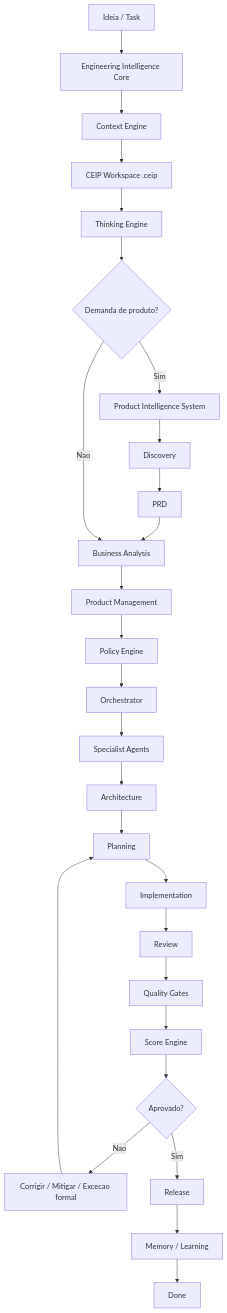
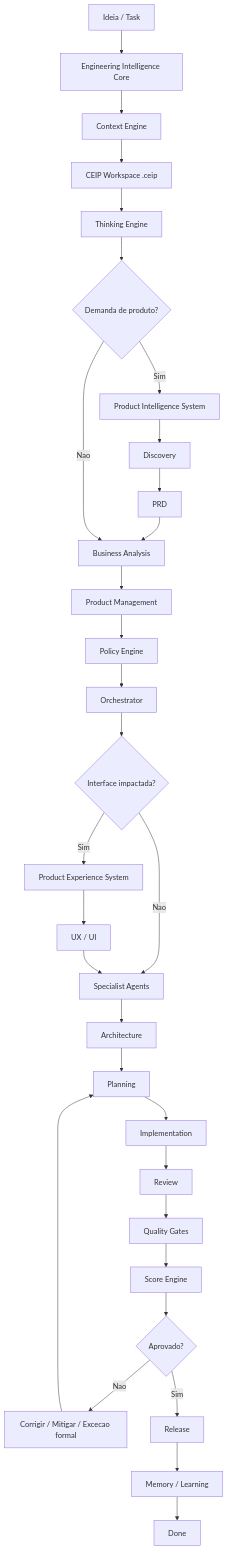
The diagram in ORCHESTRATOR.md (thyags/method-ceip), drawn with Mermaid before and after one commit. The commit also changed other lines of this file and 130 other files, not shown here.

Commit message:
Add product experience system to CEIP

````diff
--- a/ORCHESTRATOR.md
+++ b/ORCHESTRATOR.md
@@ -34,29 +38,33 @@
 ```mermaid
 flowchart TD
     A["Ideia / Task"] --> A1["Engineering Intelligence Core"]
     A1 --> A2["Context Engine"]
     A2 --> A2B["CEIP Workspace .ceip"]
     A2B --> A3["Thinking Engine"]
     A3 --> B{"Demanda de produto?"}
     B -->|Sim| C["Product Intelligence System"]
     C --> C1["Discovery"]
     C1 --> C2["PRD"]
     C2 --> D["Business Analysis"]
     B -->|Nao| D
     D --> E["Product Management"]
     E --> F["Policy Engine"]
     F --> G["Orchestrator"]
-    G --> H["Specialist Agents"]
-    H --> I["Architecture"]
-    I --> J["Planning"]
-    J --> K["Implementation"]
-    K --> L["Review"]
-    L --> M["Quality Gates"]
-    M --> N["Score Engine"]
-    N --> O{"Aprovado?"}
-    O -->|Nao| P["Corrigir / Mitigar / Excecao formal"]
-    P --> J
-    O -->|Sim| Q["Release"]
-    Q --> R["Memory / Learning"]
-    R --> S["Done"]
+    G --> H{"Interface impactada?"}
+    H -->|Sim| I["Product Experience System"]
+    I --> I1["UX / UI"]
+    H -->|Nao| J["Specialist Agents"]
+    I1 --> J
+    J --> K["Architecture"]
+    K --> L["Planning"]
+    L --> M["Implementation"]
+    M --> N["Review"]
+    N --> O["Quality Gates"]
+    O --> P["Score Engine"]
+    P --> Q{"Aprovado?"}
+    Q -->|Nao| R["Corrigir / Mitigar / Excecao formal"]
+    R --> L
+    Q -->|Sim| S["Release"]
+    S --> T["Memory / Learning"]
+    T --> U["Done"]
 ```
````
